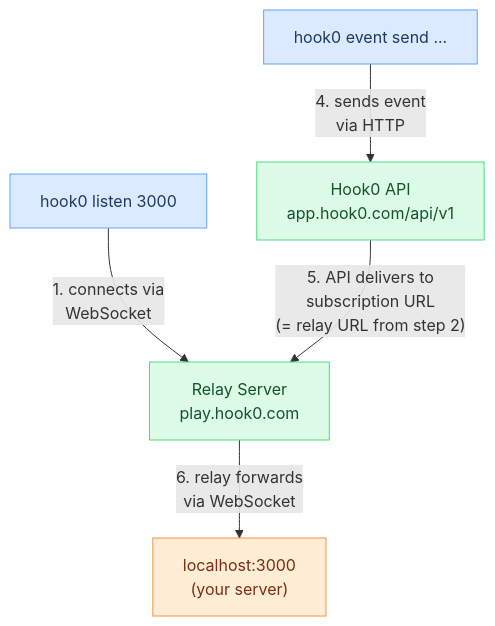
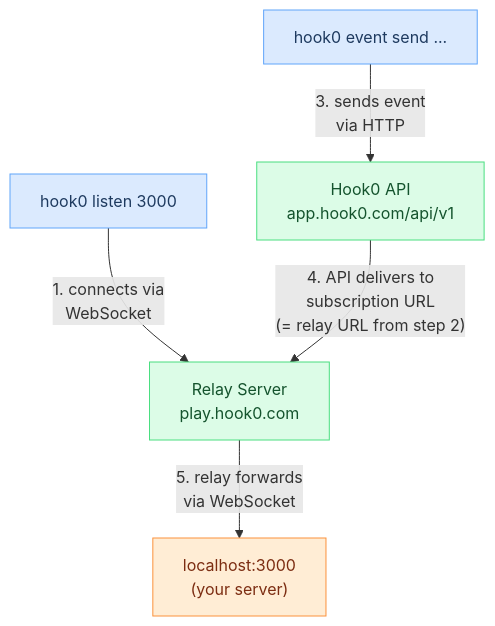
Before and after one commit to hook0/hook0: the diagram in documentation/reference/cli.mdx, drawn with Mermaid. The commit also changed 26 other files, not shown here.

````diff
--- a/documentation/reference/cli.mdx
+++ b/documentation/reference/cli.mdx
@@ -84,20 +84,20 @@
 ```mermaid
 flowchart TD
     A["hook0 listen 3000"]:::external
     B["hook0 event send ..."]:::external
     C["Relay Server<br/>play.hook0.com"]:::hook0
     D["Hook0 API<br/>app.hook0.com/api/v1"]:::hook0
     E["localhost:3000<br/>(your server)"]:::customer
 
     A -- "1. connects via<br/>WebSocket" --> C
-    B -- "4. sends event<br/>via HTTP" --> D
-    D -- "5. API delivers to<br/>subscription URL<br/>(= relay URL from step 2)" --> C
-    C -- "6. relay forwards<br/>via WebSocket" --> E
+    B -- "3. sends event<br/>via HTTP" --> D
+    D -- "4. API delivers to<br/>subscription URL<br/>(= relay URL from step 2)" --> C
+    C -- "5. relay forwards<br/>via WebSocket" --> E
 
     classDef external fill:#dbeafe,stroke:#60a5fa,color:#1e3a5f
     classDef hook0 fill:#dcfce7,stroke:#4ade80,color:#14532d
     classDef customer fill:#ffedd5,stroke:#fb923c,color:#7c2d12
 
     click D "/openapi/intro" "Hook0 API"
     click C "/explanation/event-processing" "Event Processing"
 ```
````
